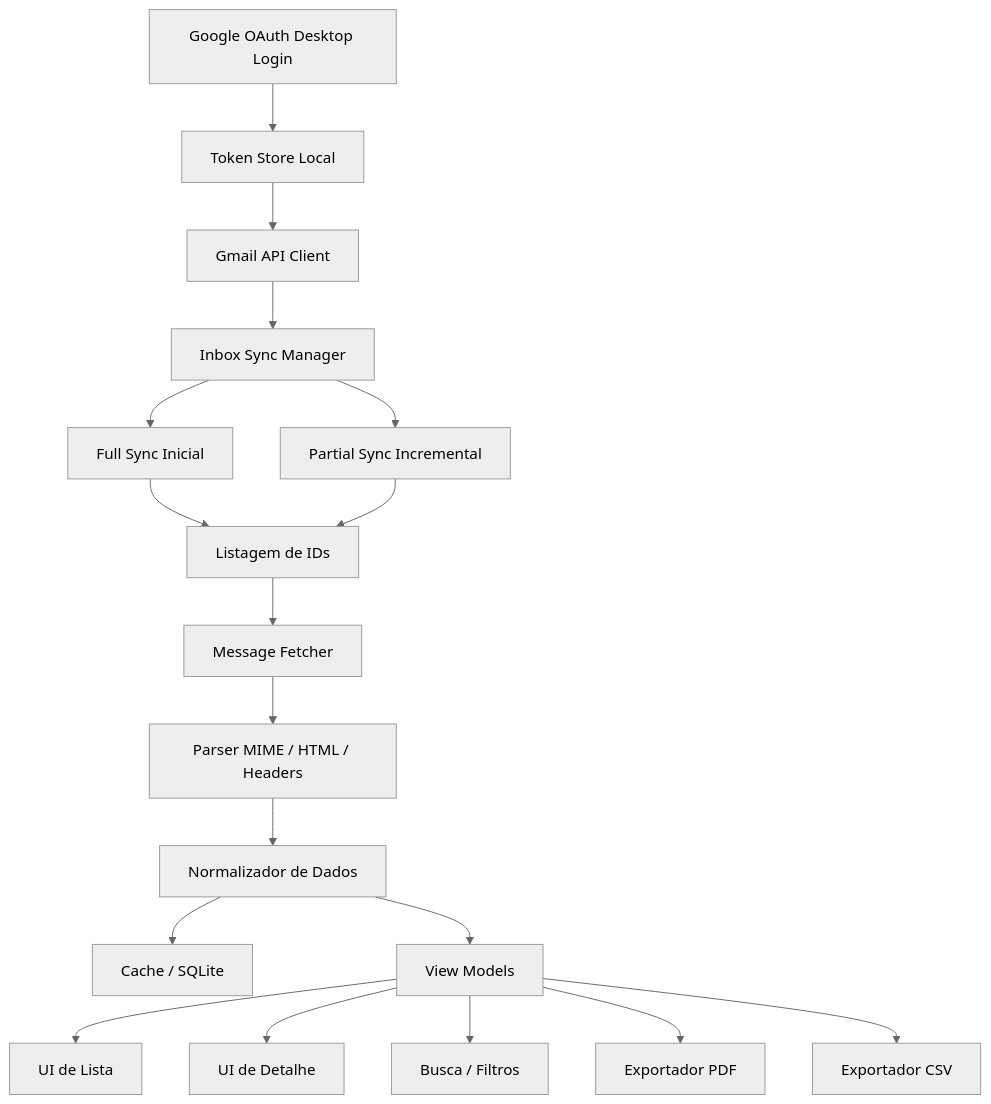
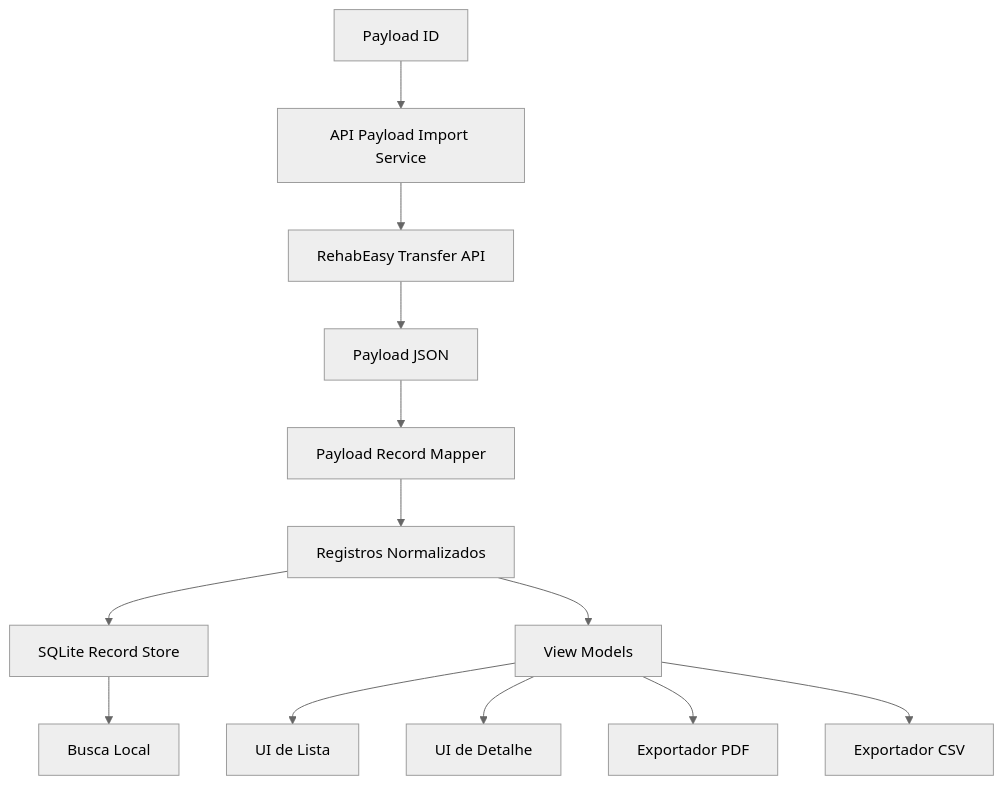
The diagram in docs/02-arquitetura-interna.mmd (Bruno-BRG/RebEasy), drawn with Mermaid (neutral theme) before and after one commit. The commit also changed 31 other files, not shown here.

Commit message:
Switch RehabEasy import flow to transfer API

```diff
--- a/docs/02-arquitetura-interna.mmd
+++ b/docs/02-arquitetura-interna.mmd
@@ -1,22 +1,15 @@
 flowchart TB
-    A[Google OAuth Desktop Login] --> B[Token Store Local]
-    B --> C[Gmail API Client]
+    A[Payload ID] --> B[API Payload Import Service]
+    B --> C[RehabEasy Transfer API]
+    C --> D[Payload JSON]
 
-    C --> D[Inbox Sync Manager]
-    D --> E[Full Sync Inicial]
-    D --> F[Partial Sync Incremental]
+    D --> E[Payload Record Mapper]
+    E --> F[Registros Normalizados]
+    F --> G[SQLite Record Store]
+    F --> H[View Models]
 
-    E --> G[Listagem de IDs]
-    F --> G
-
-    G --> H[Message Fetcher]
-    H --> I[Parser MIME / HTML / Headers]
-    I --> J[Normalizador de Dados]
-    J --> K[Cache / SQLite]
-    J --> L[View Models]
-
-    L --> M[UI de Lista]
-    L --> N[UI de Detalhe]
-    L --> O[Busca / Filtros]
-    L --> P[Exportador PDF]
-    L --> Q[Exportador CSV]
+    G --> I[Busca Local]
+    H --> J[UI de Lista]
+    H --> K[UI de Detalhe]
+    H --> L[Exportador PDF]
+    H --> M[Exportador CSV]
```
